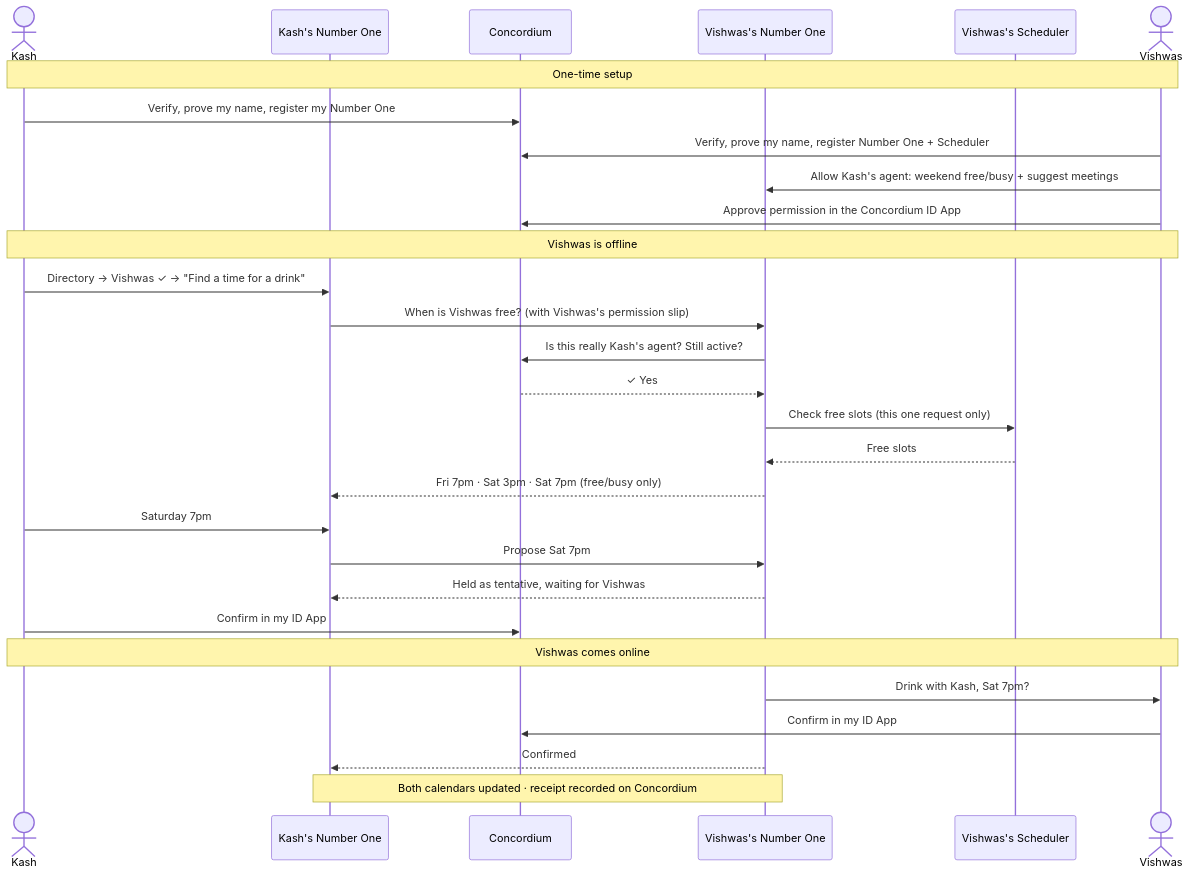
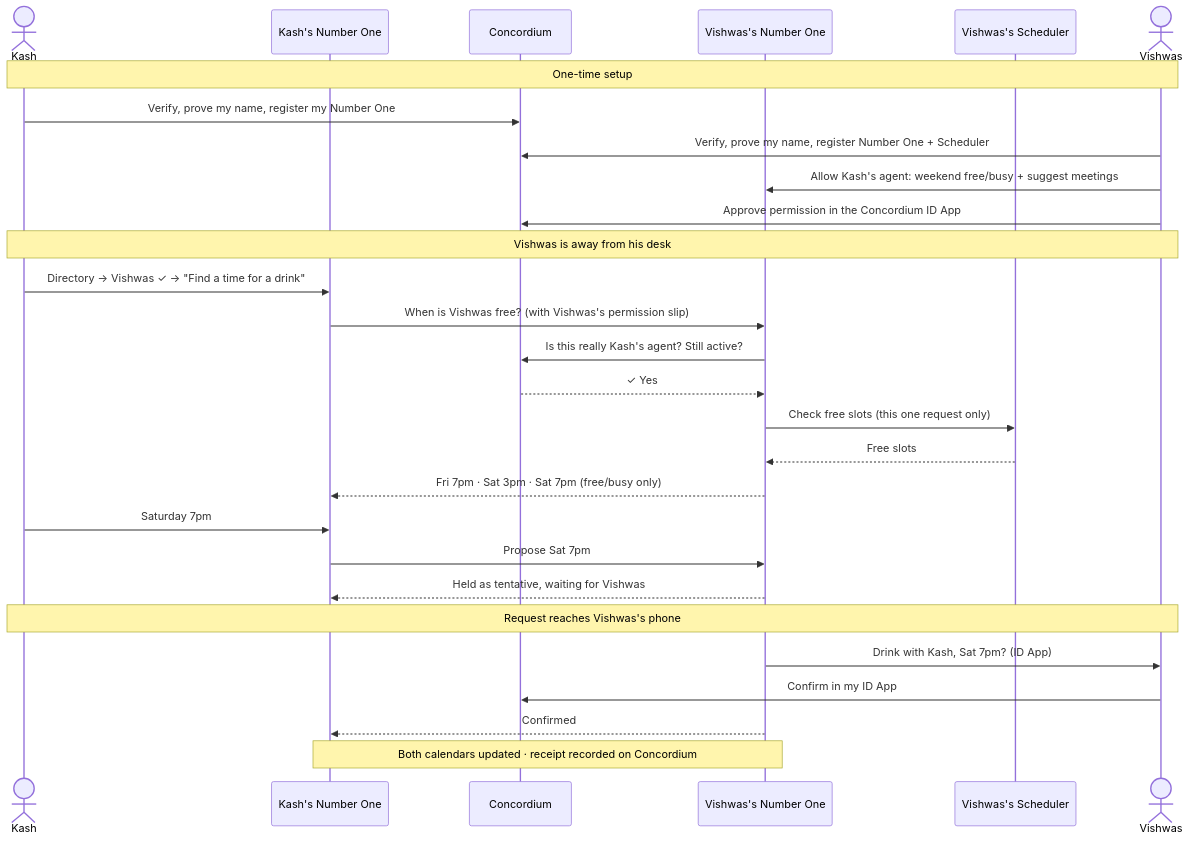
One commit to Vishwas1/number1-agent changed the first of 2 diagrams in business-overview.md. Above: the diagram before and after it, drawn with Mermaid. The commit also changed other lines of this file and 2 other files, not shown here.

````diff
--- a/business-overview.md
+++ b/business-overview.md
@@ -49,34 +49,33 @@
 ```mermaid
 sequenceDiagram
     actor K as Kash
     participant KN as Kash's Number One
     participant C as Concordium
     participant VN as Vishwas's Number One
     participant VS as Vishwas's Scheduler
     actor V as Vishwas
 
     Note over K,V: One-time setup
     K->>C: Verify, prove my name, register my Number One
     V->>C: Verify, prove my name, register Number One + Scheduler
     V->>VN: Allow Kash's agent: weekend free/busy + suggest meetings
     V->>C: Approve permission in the Concordium ID App
 
-    Note over K,V: Vishwas is offline
+    Note over K,V: Vishwas is away from his desk
     K->>KN: Directory → Vishwas ✓ → "Find a time for a drink"
     KN->>VN: When is Vishwas free? (with Vishwas's permission slip)
     VN->>C: Is this really Kash's agent? Still active?
     C-->>VN: ✓ Yes
     VN->>VS: Check free slots (this one request only)
     VS-->>VN: Free slots
     VN-->>KN: Fri 7pm · Sat 3pm · Sat 7pm (free/busy only)
     K->>KN: Saturday 7pm
     KN->>VN: Propose Sat 7pm
     VN-->>KN: Held as tentative, waiting for Vishwas
-    K->>C: Confirm in my ID App
 
-    Note over K,V: Vishwas comes online
-    VN->>V: Drink with Kash, Sat 7pm?
+    Note over K,V: Request reaches Vishwas's phone
+    VN->>V: Drink with Kash, Sat 7pm? (ID App)
     V->>C: Confirm in my ID App
     VN-->>KN: Confirmed
     Note over KN,VN: Both calendars updated · receipt recorded on Concordium
 ```
````
